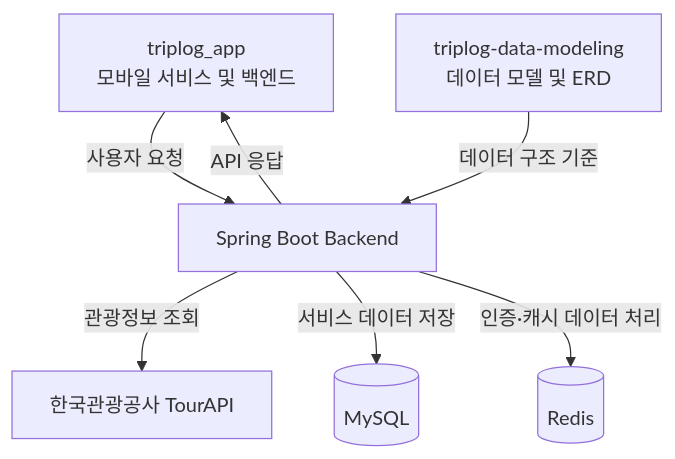
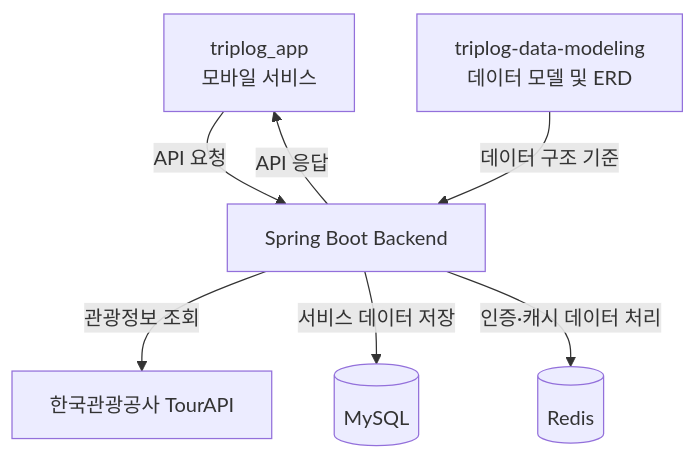
The second of 2 diagrams in profile/README.md (Triplog11/.github), drawn with Mermaid before and after one commit. The commit also changed other lines of this file, not shown here.

````diff
--- a/profile/README.md
+++ b/profile/README.md
@@ -148,18 +148,18 @@
 ```mermaid
 flowchart TB
-    App[triplog_app<br/>모바일 서비스 및 백엔드]
+    App[triplog_app<br/>모바일 서비스]
+    Backend[Spring Boot Backend]
     Modeling[triplog-data-modeling<br/>데이터 모델 및 ERD]
-    Backend[Spring Boot Backend]
     TourAPI[한국관광공사 TourAPI]
     Database[(MySQL)]
     Redis[(Redis)]
 
-    App -->|사용자 요청| Backend
+    App -->|API 요청| Backend
 
     Backend -->|관광정보 조회| TourAPI
     Backend -->|서비스 데이터 저장| Database
     Backend -->|인증·캐시 데이터 처리| Redis
 
     Modeling -->|데이터 구조 기준| Backend
     Backend -->|API 응답| App
 ```
````
